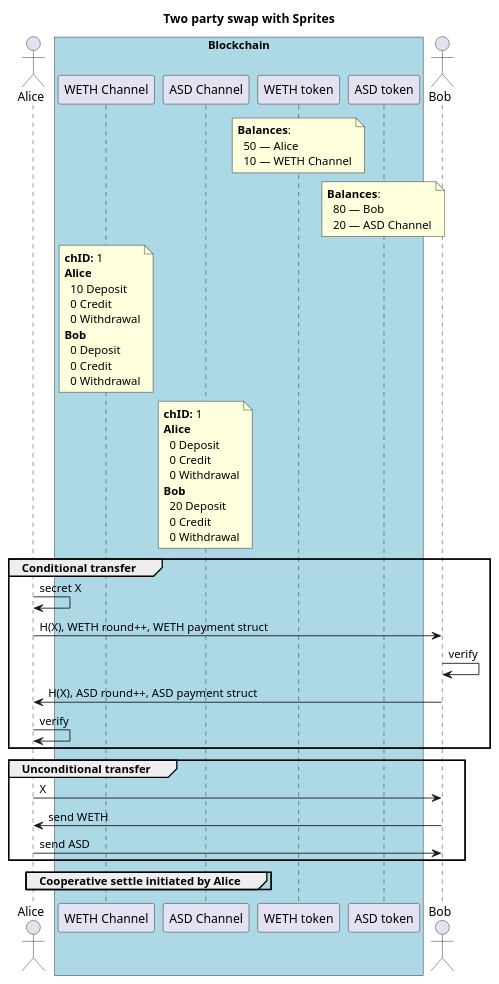
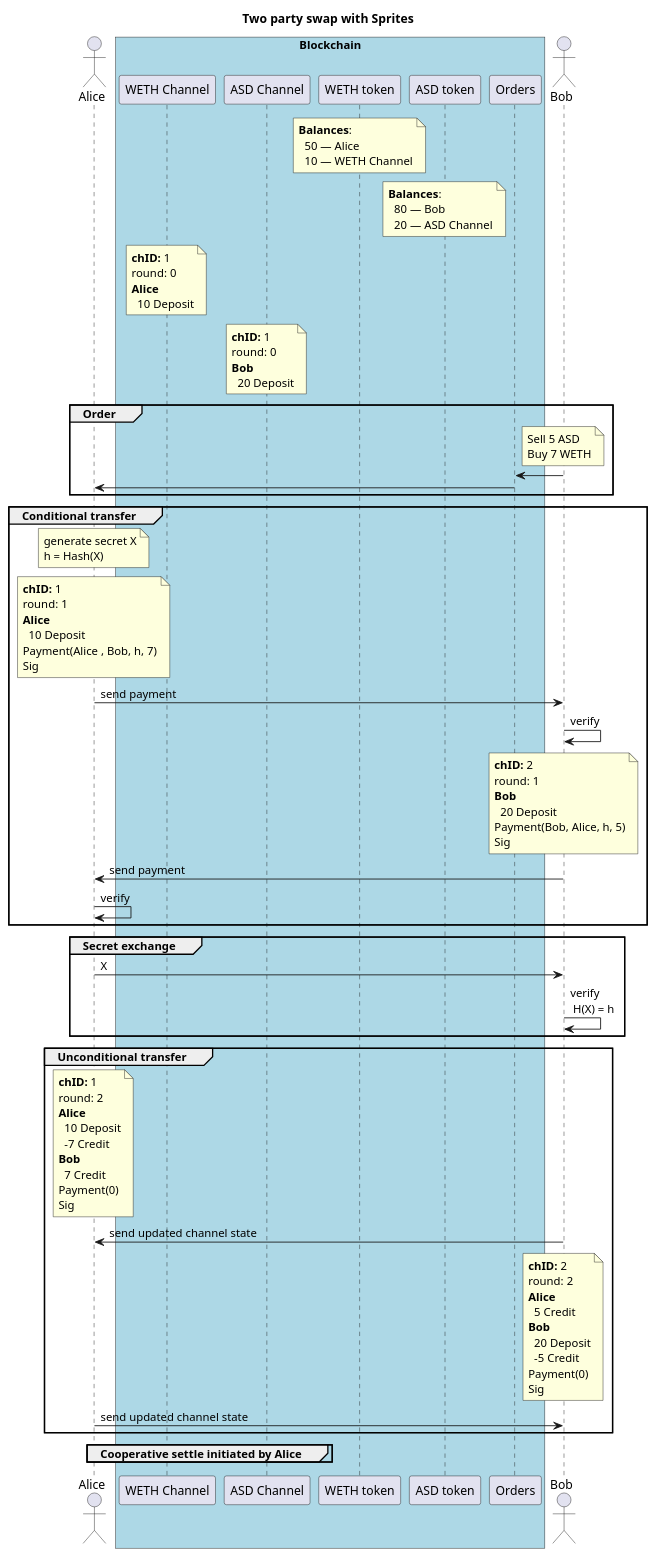
Before and after one commit to enumatech/cljs-abi-viewer: the diagram in src/state_channel/two-party-swap-sprites.puml, drawn with PlantUML.

Commit message:
Details for two party token swap with Sprites WIP

```diff
--- a/src/state_channel/two-party-swap-sprites.puml
+++ b/src/state_channel/two-party-swap-sprites.puml
@@ -1,40 +1,57 @@
 @startuml
 title Two party swap with Sprites
 ' Assume we have an open channel with sufficient deposit
 
 actor Alice as A
 
 box "Blockchain" #lightblue
     participant "WETH Channel" as wethch
     participant "ASD Channel" as asdch
     participant "WETH token" as weth
     participant "ASD token" as asd
-end box
+    participant "Orders" as O
+    end box
 
 actor Bob as B
 
 note over weth: **Balances**:\n  50 — Alice\n  10 — WETH Channel
 note over asd: **Balances**:\n  80 — Bob\n  20 — ASD Channel
 
-note over wethch: **chID:** 1\n**Alice**\n  10 Deposit\n  0 Credit\n  0 Withdrawal\n**Bob**\n  0 Deposit\n  0 Credit\n  0 Withdrawal
+note over wethch: **chID:** 1\nround: 0\n**Alice**\n  10 Deposit
 
-note over asdch: **chID:** 1\n**Alice**\n  0 Deposit\n  0 Credit\n  0 Withdrawal\n**Bob**\n  20 Deposit\n  0 Credit\n  0 Withdrawal
+note over asdch: **chID:** 1\nround: 0\n**Bob**\n  20 Deposit
+
+group Order
+    note over B: Sell 5 ASD\nBuy 7 WETH
+    B -> O:
+    O -> A:
+end
 
 group Conditional transfer
-    A -> A: secret X
-    A -> B: H(X), WETH round++, WETH payment struct
+    note over A: generate secret X\nh = Hash(X)
+    note over A: **chID:** 1\nround: 1\n**Alice**\n  10 Deposit\nPayment(Alice , Bob, h, 7)\nSig
+    A -> B: send payment
     B -> B: verify
-    B -> A: H(X), ASD round++, ASD payment struct
+    note over B: **chID:** 2\nround: 1\n**Bob**\n  20 Deposit\nPayment(Bob, Alice, h, 5)\nSig
+    B -> A: send payment
     A -> A: verify
 end
 
+group Secret exchange
+ A -> B: X
+ B -> B: verify \n H(X) = h
+end
+
 group Unconditional transfer
-    A -> B: X
-    B -> A: send WETH
-    A -> B: send ASD
+    note over A: **chID:** 1\nround: 2\n**Alice**\n  10 Deposit\n  -7 Credit\n**Bob**\n  7 Credit\nPayment(0)\nSig
+
+    B -> A: send updated channel state
+
+    note over B: **chID:** 2\nround: 2\n**Alice**\n  5 Credit\n**Bob**\n  20 Deposit\n  -5 Credit\nPayment(0)\nSig
+    A -> B: send updated channel state
 end
 
 group Cooperative settle initiated by Alice
 end
 
 @enduml
```
